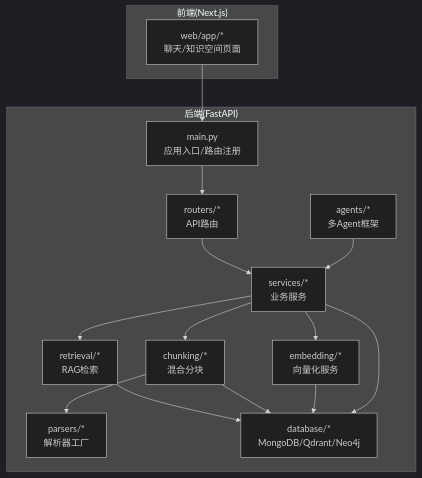
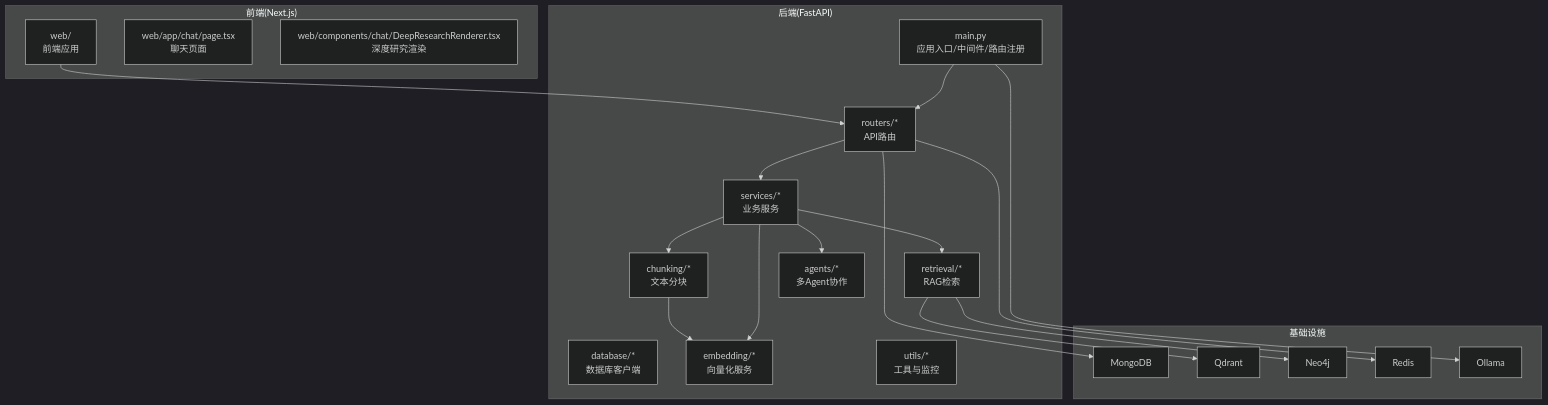
One commit to iammm0/advanced-rag changed the first of 7 diagrams in .qoder/repowiki/zh/content/项目概述/项目概述.md. Above: the diagram before and after it, drawn with Mermaid (dark theme). The commit also changed other lines of this file and 233 other files, not shown here.

````diff
--- a/.qoder/repowiki/zh/content/项目概述/项目概述.md
+++ b/.qoder/repowiki/zh/content/项目概述/项目概述.md
@@ -52,29 +51,39 @@
 ```mermaid
 graph TB
 subgraph "后端(FastAPI)"
-MAIN["main.py<br/>应用入口/路由注册"]
-ROUTERS["routers/*<br/>API路由"]
-SERVICES["services/*<br/>业务服务"]
-RETRIEVAL["retrieval/*<br/>RAG检索"]
-CHUNKING["chunking/*<br/>混合分块"]
-PARSERS["parsers/*<br/>解析器工厂"]
-EMBED["embedding/*<br/>向量化服务"]
-DB["database/*<br/>MongoDB/Qdrant/Neo4j"]
-AGENTS["agents/*<br/>多Agent框架"]
+A_main["main.py<br/>应用入口/中间件/路由注册"]
+A_routers["routers/*<br/>API路由"]
+A_services["services/*<br/>业务服务"]
+A_retrieval["retrieval/*<br/>RAG检索"]
+A_chunking["chunking/*<br/>文本分块"]
+A_agents["agents/*<br/>多Agent协作"]
+A_db["database/*<br/>数据库客户端"]
+A_embedding["embedding/*<br/>向量化服务"]
+A_utils["utils/*<br/>工具与监控"]
 end
 subgraph "前端(Next.js)"
-WEB["web/app/*<br/>聊天/知识空间页面"]
+F_web["web/<br/>前端应用"]
+F_chat["web/app/chat/page.tsx<br/>聊天页面"]
+F_dr["web/components/chat/DeepResearchRenderer.tsx<br/>深度研究渲染"]
 end
-WEB --> MAIN
-MAIN --> ROUTERS
-ROUTERS --> SERVICES
-SERVICES --> RETRIEVAL
-SERVICES --> CHUNKING
-CHUNKING --> PARSERS
-SERVICES --> EMBED
-RETRIEVAL --> DB
-CHUNKING --> DB
-EMBED --> DB
-SERVICES --> DB
-AGENTS --> SERVICES
+subgraph "基础设施"
+D_mongo["MongoDB"]
+D_qdrant["Qdrant"]
+D_neo4j["Neo4j"]
+D_redis["Redis"]
+D_ollama["Ollama"]
+end
+F_web --> A_routers
+A_main --> A_routers
+A_routers --> A_services
+A_services --> A_retrieval
+A_services --> A_chunking
+A_services --> A_agents
+A_retrieval --> D_qdrant
+A_retrieval --> D_neo4j
+A_chunking --> A_embedding
+A_services --> A_embedding
+A_routers --> D_mongo
+A_routers --> D_redis
+A_main --> D_ollama
 ```
````
